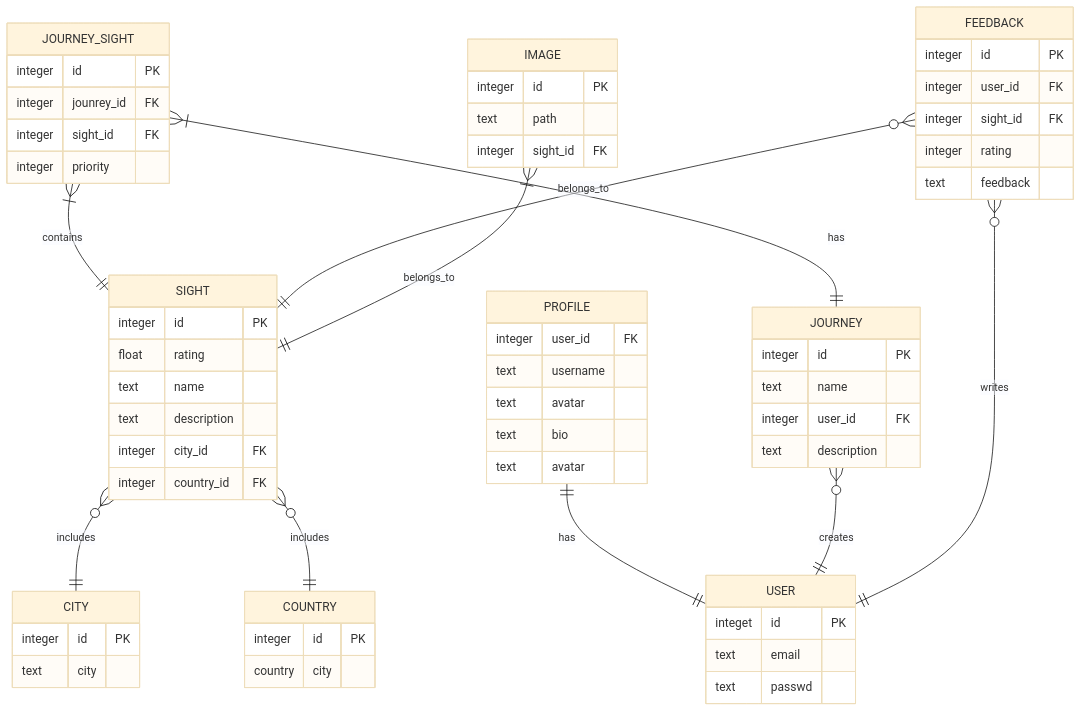
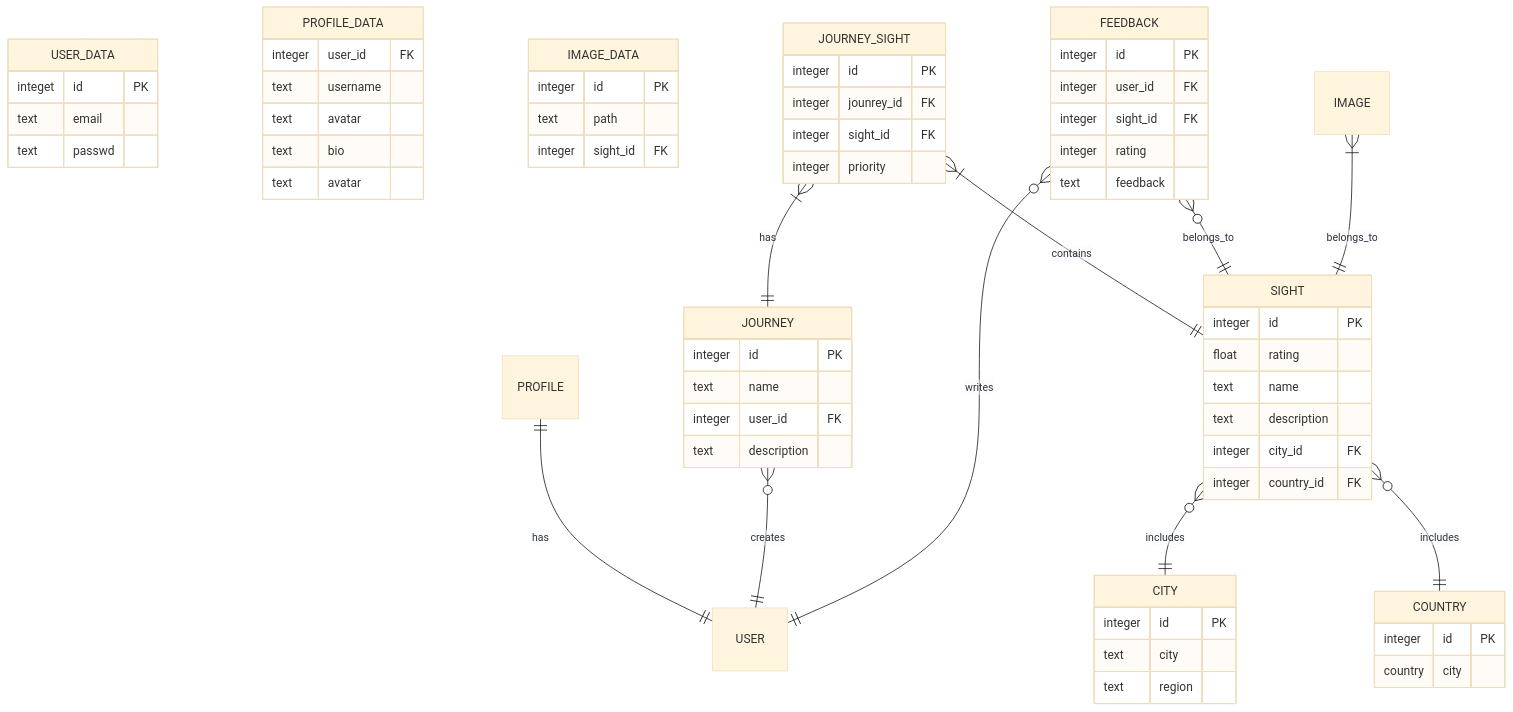
Before and after one commit to go-park-mail-ru/2024_1_ResCogitans: the diagram in db/normalized/ERD_description.md, drawn with Mermaid (base theme). The commit also changed 1 other file, not shown here.

Commit message:
Change erd description

````diff
--- a/db/normalized/ERD_description.md
+++ b/db/normalized/ERD_description.md
@@ -1,66 +1,67 @@
 ```mermaid    
     erDiagram
-        USER {
+        USER_DATA {
             integet id PK
             text email
             text passwd 
         }
-        PROFILE {
+        PROFILE_DATA {
             integer user_id FK
             text username
             text avatar
             text bio
             text avatar
         }
         CITY {
             integer id PK
             text city 
+            text region
         }
         COUNTRY {
             integer id PK
             country city 
         }
         SIGHT {
             integer id PK
             float rating
             text name
             text description
             integer city_id FK
             integer country_id FK
         }
-        IMAGE {
+        IMAGE_DATA {
             integer id PK
             text path
             integer sight_id FK
         }
         JOURNEY {
             integer id PK
             text name
             integer user_id FK
             text description
         }
         JOURNEY_SIGHT {
             integer id PK
             integer jounrey_id FK
             integer sight_id FK
             integer priority
         }
         FEEDBACK {
             integer id PK
             integer user_id FK
             integer sight_id FK
             integer rating
             text feedback
         }
 
         PROFILE ||--|| USER : has
         SIGHT }o--|| CITY: includes
         SIGHT }o--|| COUNTRY: includes
         JOURNEY }o--|| USER : creates
         JOURNEY_SIGHT }|--|| JOURNEY: has
         JOURNEY_SIGHT }|--|| SIGHT : contains
         FEEDBACK }o--|| USER : writes
         FEEDBACK }o--|| SIGHT : belongs_to
         IMAGE }|--|| SIGHT : belongs_to
 
 ```
````
